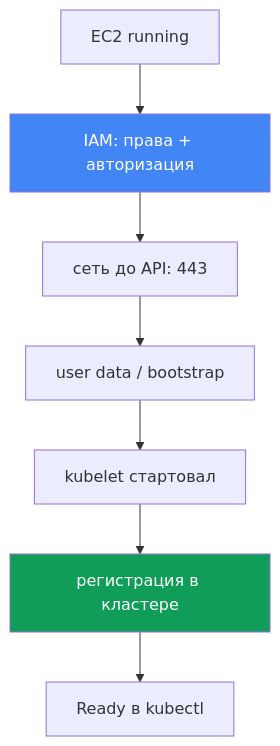
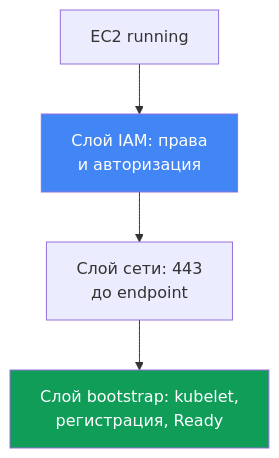
Before and after one commit to ViktorUJ/cks: the first of 2 diagrams in tasks/eks/course/45/ru.md, drawn with Mermaid. The commit also changed other lines of this file and 74 other files, not shown here.

````diff
--- a/tasks/eks/course/45/ru.md
+++ b/tasks/eks/course/45/ru.md
@@ -45,13 +45,12 @@
 ```mermaid
 flowchart TB
     ec2["EC2 running"]
-    iam["IAM: права + авторизация"]
-    net["сеть до API: 443"]
-    boot["user data / bootstrap"]
-    kubelet["kubelet стартовал"]
-    reg["регистрация в кластере"]
-    node["Ready в kubectl"]
-    ec2 --> iam --> net --> boot --> kubelet --> reg --> node
+    iam["Слой IAM: права<br/>и авторизация"]
+    net["Слой сети: 443<br/>до endpoint"]
+    boot["Слой bootstrap: kubelet,<br/>регистрация, Ready"]
+    ec2 --> iam
+    iam --> net
+    net --> boot
     style iam fill:#4285f4,color:#fff
-    style reg fill:#0f9d58,color:#fff
+    style boot fill:#0f9d58,color:#fff
 ```
````
